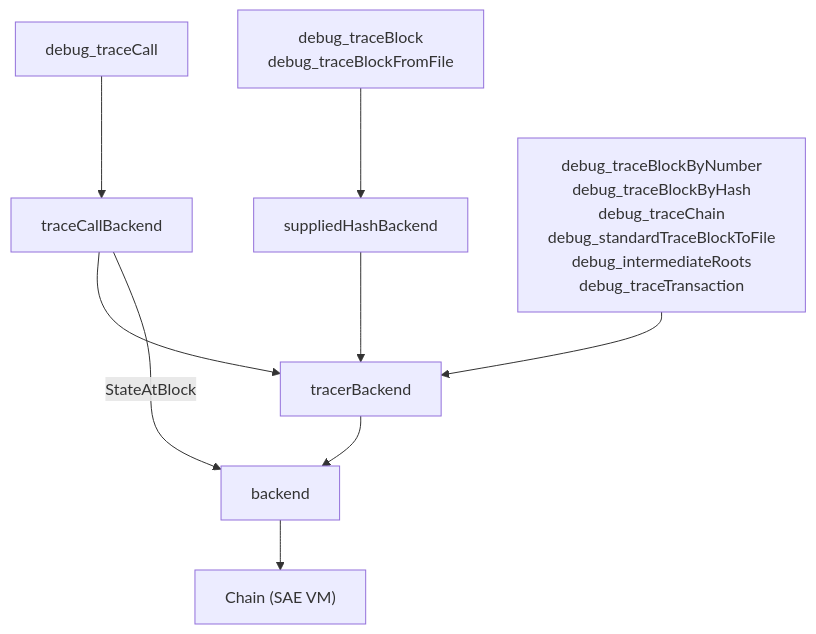
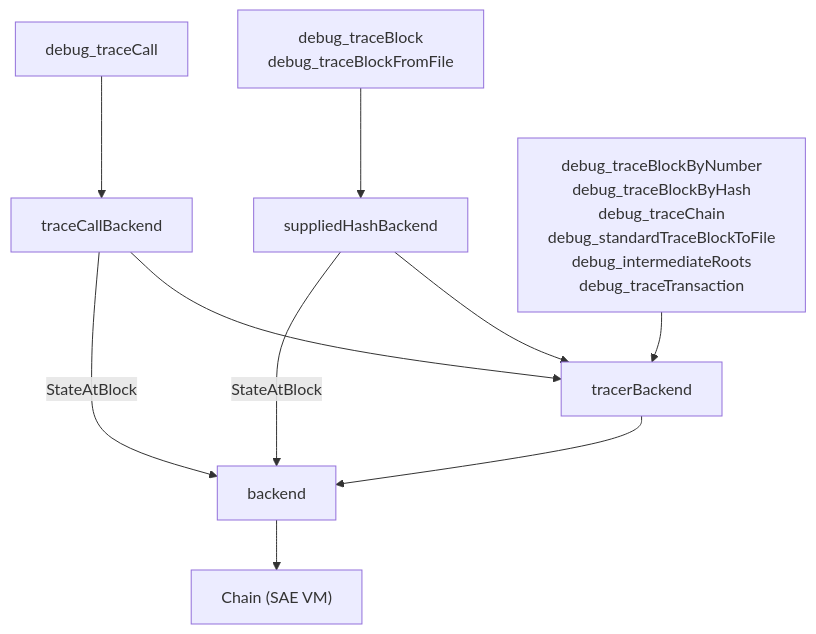
The diagram in vms/saevm/sae/rpc/README.md (ava-labs/avalanchego), drawn with Mermaid before and after one commit. The commit also changed other lines of this file and 2 other files, not shown here.

Commit message:
fix(saevm): apply the supplied block's before-block changes when tracing

````diff
--- a/vms/saevm/sae/rpc/README.md
+++ b/vms/saevm/sae/rpc/README.md
@@ -45,12 +45,13 @@
 ```mermaid
 graph TD
     reseal["debug_traceBlock<br/>debug_traceBlockFromFile"] --> suppliedHashBackend
     traceCall["debug_traceCall"] --> traceCallBackend
     canonical["debug_traceBlockByNumber<br/>debug_traceBlockByHash<br/>debug_traceChain<br/>debug_standardTraceBlockToFile<br/>debug_intermediateRoots<br/>debug_traceTransaction"] --> tracerBackend
 
     suppliedHashBackend --> tracerBackend
+    suppliedHashBackend -->|"StateAtBlock"| backend
     traceCallBackend --> tracerBackend
     traceCallBackend -->|"StateAtBlock"| backend
     tracerBackend --> backend
     backend --> chain["Chain (SAE VM)"]
 ```
````
